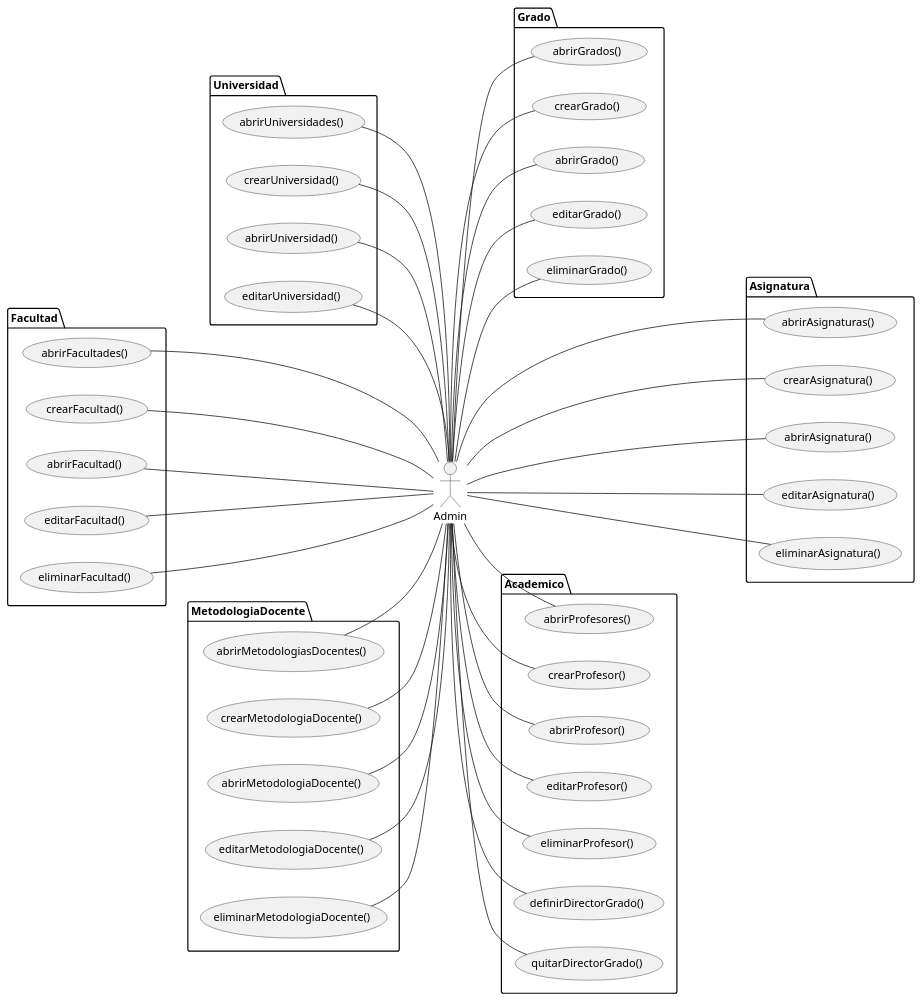
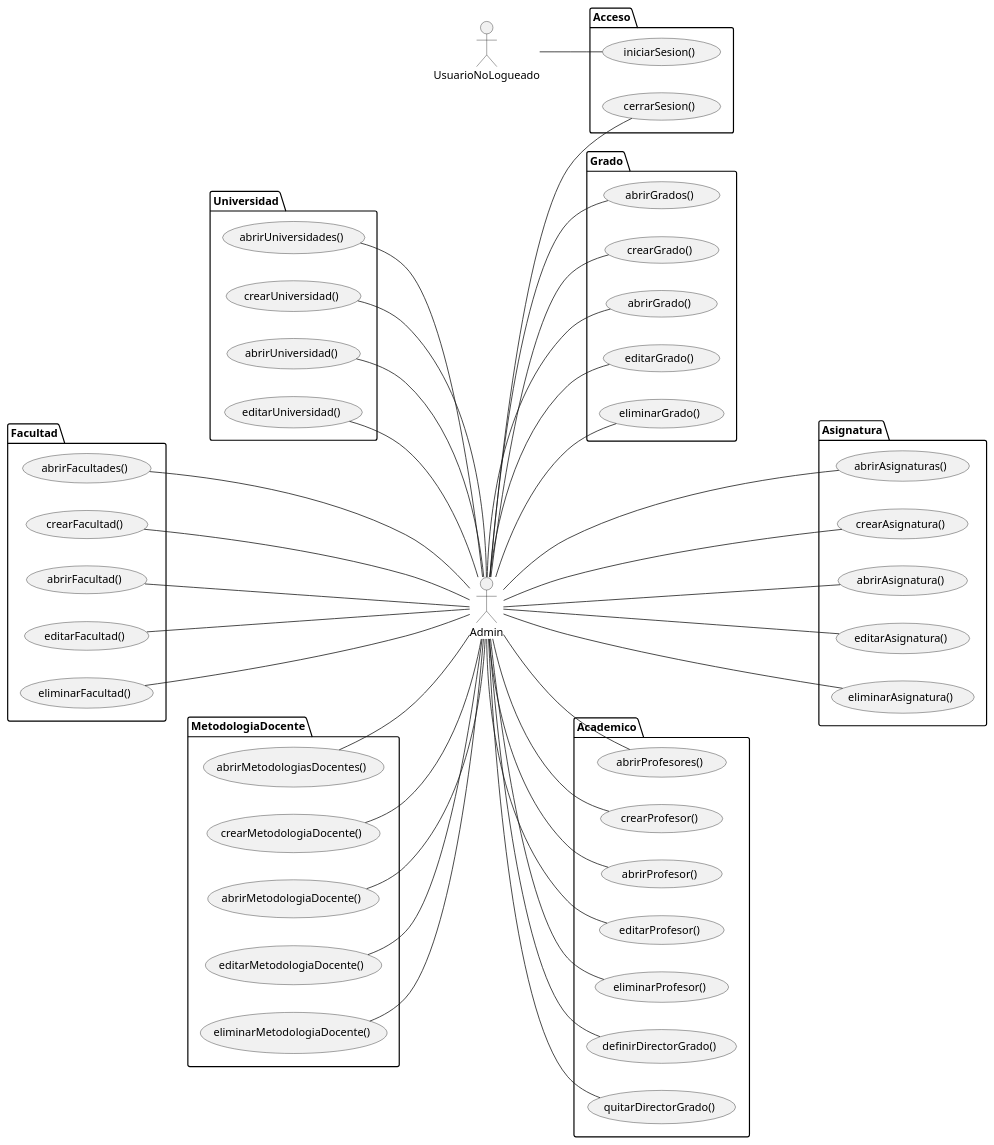
One commit to mmasias/pyCeldaPublico changed the diagram in RUP/01-requisitos/01-actores-casos-uso/actoresCasosUsoAdminCatalogos.puml. Above: the diagram before and after it, drawn with PlantUML. The commit also changed 32 other files, not shown here.

First line of the commit message:
sync: propaga sesión de trabajo del privado -- Guia, iniciarSesion, UsuarioNoLogueado

```diff
--- a/RUP/01-requisitos/01-actores-casos-uso/actoresCasosUsoAdminCatalogos.puml
+++ b/RUP/01-requisitos/01-actores-casos-uso/actoresCasosUsoAdminCatalogos.puml
@@ -1,103 +1,120 @@
 @startuml actoresCasosUsoAdminCatalogos
 
 left to right direction
 
 ' Vista de Admin, partida de actoresCasosUso.puml -- mismos usecase id, solo
-' el subconjunto que usa este actor. Fuente de verdad sigue siendo el fichero
-' completo hasta que se decida el reparto final.
+' el subconjunto que usa este actor. El fichero completo (actoresCasosUso.puml)
+' se retiró -- el reparto por actor es la fuente de verdad.
 '
 ' Solo "Catálogos institucionales" -- el resto de Admin (Profesorado de
 ' asignaturas, Curso académico, Configuración del grado, Guía docente) vive
 ' en actoresCasosUsoAdminOperativa.puml.
 
 actor Admin
 
+' Acceso: sin <<include>> hacia otro CU -- a diferencia de Profesor/DirectorGrado
+' (issue #48/#49/#50), el aterrizaje de Admin (dashboard de SISTEMA_DISPONIBLE)
+' es contenido propio, no reutilizado -- issue #51. Entrada a todo Admin, no
+' solo a los catálogos de este fichero (también a actoresCasosUsoAdminOperativa.puml).
+'
+' iniciarSesion() lo invoca UsuarioNoLogueado, no Admin -- mismo error
+' sistemático corregido en actoresCasosUsoProfesor.puml: el rol específico
+' solo existe después de validar credenciales. Admin (ya identificado) invoca
+' cerrarSesion(), nunca iniciarSesion().
+actor UsuarioNoLogueado
+package Acceso {
+  usecase iniciarSesion as "iniciarSesion()"
+  usecase cerrarSesion as "cerrarSesion()"
+}
+
+UsuarioNoLogueado -- iniciarSesion
+Admin -- cerrarSesion
 
   package Universidad {
     usecase abrirUniversidades as "abrirUniversidades()"
     usecase crearUniversidad as "crearUniversidad()"
     usecase abrirUniversidad as "abrirUniversidad()"
     usecase editarUniversidad as "editarUniversidad()"
   }
 
   package Facultad {
     usecase abrirFacultades as "abrirFacultades()"
     usecase crearFacultad as "crearFacultad()"
     usecase abrirFacultad as "abrirFacultad()"
     usecase editarFacultad as "editarFacultad()"
     usecase eliminarFacultad as "eliminarFacultad()"
   }
 
   package Grado {
     usecase abrirGrados as "abrirGrados()"
     usecase crearGrado as "crearGrado()"
     usecase abrirGrado as "abrirGrado()"
     usecase editarGrado as "editarGrado()"
     usecase eliminarGrado as "eliminarGrado()"
   }
 
   package Asignatura {
     usecase abrirAsignaturas as "abrirAsignaturas()"
     usecase crearAsignatura as "crearAsignatura()"
     usecase abrirAsignatura as "abrirAsignatura()"
     usecase editarAsignatura as "editarAsignatura()"
     usecase eliminarAsignatura as "eliminarAsignatura()"
   }
 
   package MetodologiaDocente {
     usecase abrirMetodologiasDocentes as "abrirMetodologiasDocentes()"
     usecase crearMetodologiaDocente as "crearMetodologiaDocente()"
     usecase abrirMetodologiaDocente as "abrirMetodologiaDocente()"
     usecase editarMetodologiaDocente as "editarMetodologiaDocente()"
     usecase eliminarMetodologiaDocente as "eliminarMetodologiaDocente()"
   }
 
   package Academico {
     usecase abrirProfesores as "abrirProfesores()"
     usecase crearProfesor as "crearProfesor()"
     usecase abrirProfesor as "abrirProfesor()"
     usecase editarProfesor as "editarProfesor()"
     usecase eliminarProfesor as "eliminarProfesor()"
     usecase definirDirectorGrado as "definirDirectorGrado()"
     usecase quitarDirectorGrado as "quitarDirectorGrado()"
   }
 
 
 abrirUniversidades -- Admin
 crearUniversidad -- Admin
 abrirUniversidad -- Admin
 editarUniversidad -- Admin
 
 abrirFacultades --- Admin
 crearFacultad --- Admin
 abrirFacultad --- Admin
 editarFacultad --- Admin
 eliminarFacultad --- Admin
 
 Admin -- abrirGrados
 Admin -- crearGrado
 Admin -- abrirGrado
 Admin -- editarGrado
 Admin -- eliminarGrado
 
 Admin ---- abrirAsignaturas
 Admin ---- crearAsignatura
 Admin ---- abrirAsignatura
 Admin ---- editarAsignatura
 Admin ---- eliminarAsignatura
 
 abrirMetodologiasDocentes -- Admin
 crearMetodologiaDocente -- Admin
 abrirMetodologiaDocente -- Admin
 editarMetodologiaDocente -- Admin
 eliminarMetodologiaDocente -- Admin
 
 Admin -- abrirProfesores
 Admin -- crearProfesor
 Admin -- abrirProfesor
 Admin -- editarProfesor
 Admin -- eliminarProfesor
 Admin -- definirDirectorGrado
 Admin -- quitarDirectorGrado
 
 @enduml
```
